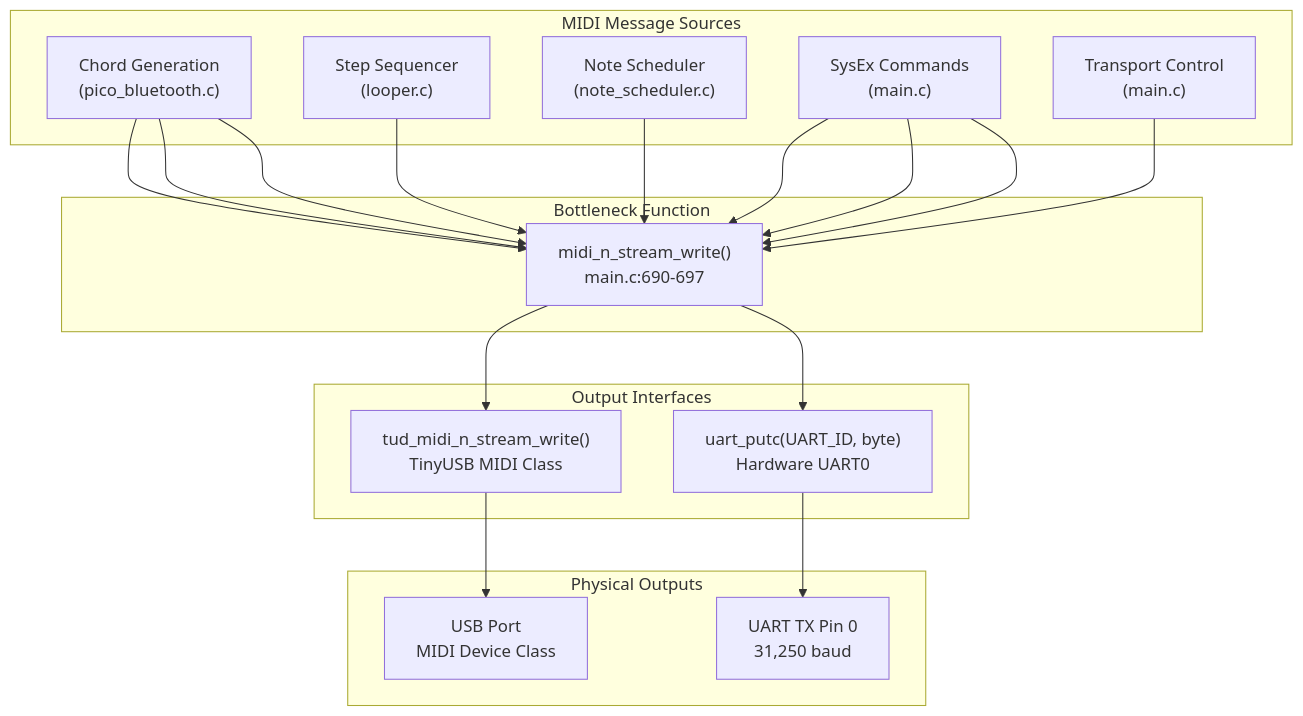
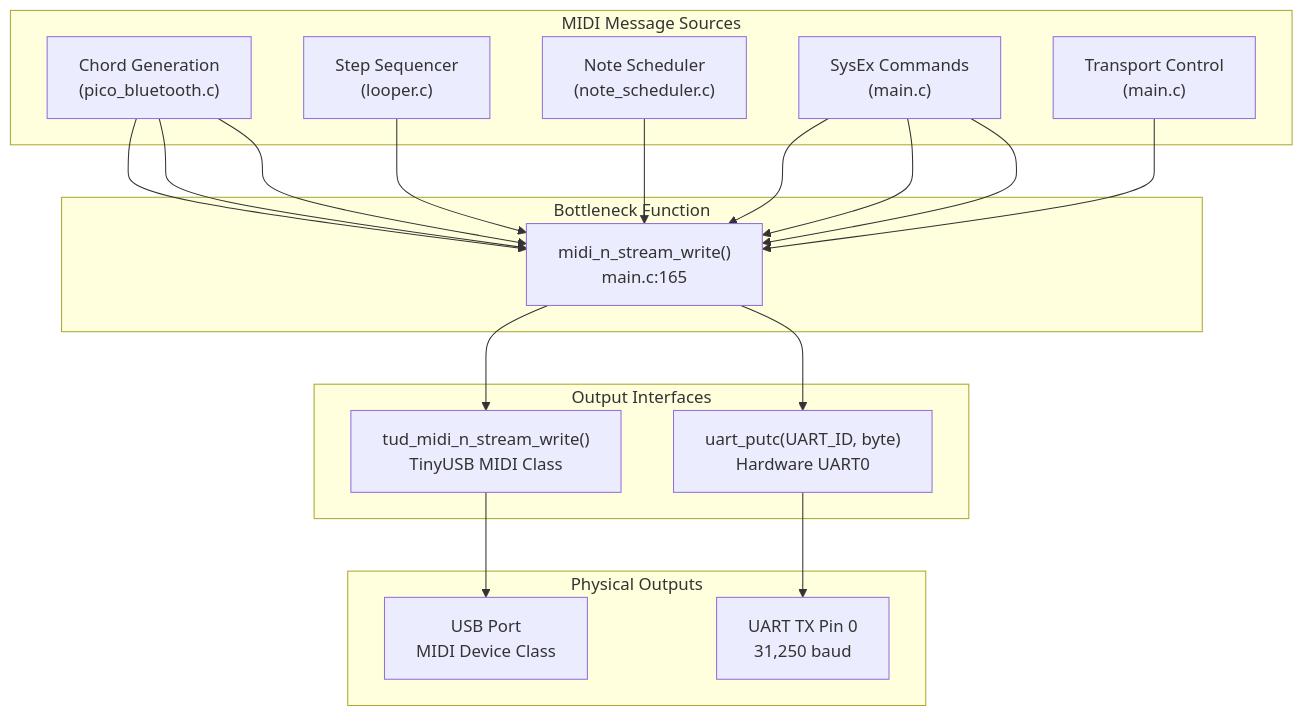
The first of 5 diagrams in wiki/6.1-dual-output-architecture.md (Jus-Be/orinayo-pico), drawn with Mermaid before and after one commit. The commit also changed other lines of this file and 42 other files, not shown here.

````diff
--- a/wiki/6.1-dual-output-architecture.md
+++ b/wiki/6.1-dual-output-architecture.md
@@ -27,50 +32,50 @@
 ```mermaid
 flowchart TD
 
 ChordGen["Chord Generation<br>(pico_bluetooth.c)"]
 Looper["Step Sequencer<br>(looper.c)"]
 NoteScheduler["Note Scheduler<br>(note_scheduler.c)"]
 SysEx["SysEx Commands<br>(main.c)"]
 Transport["Transport Control<br>(main.c)"]
-StreamWrite["midi_n_stream_write()<br>main.c:690-697"]
+StreamWrite["midi_n_stream_write()<br>main.c:165"]
 USB["tud_midi_n_stream_write()<br>TinyUSB MIDI Class"]
 UART["uart_putc(UART_ID, byte)<br>Hardware UART0"]
 USBPort["USB Port<br>MIDI Device Class"]
 UARTPort["UART TX Pin 0<br>31,250 baud"]
 
 ChordGen --> StreamWrite
 ChordGen --> StreamWrite
 ChordGen --> StreamWrite
 Looper --> StreamWrite
 NoteScheduler --> StreamWrite
 SysEx --> StreamWrite
 SysEx --> StreamWrite
 SysEx --> StreamWrite
 Transport --> StreamWrite
 StreamWrite --> USB
 StreamWrite --> UART
 USB --> USBPort
 UART --> UARTPort
 
 subgraph subGraph3 ["Physical Outputs"]
     USBPort
     UARTPort
 end
 
 subgraph subGraph2 ["Output Interfaces"]
     USB
     UART
 end
 
 subgraph subGraph1 ["Bottleneck Function"]
     StreamWrite
 end
 
 subgraph subGraph0 ["MIDI Message Sources"]
     ChordGen
     Looper
     NoteScheduler
     SysEx
     Transport
 end
 ```
````
